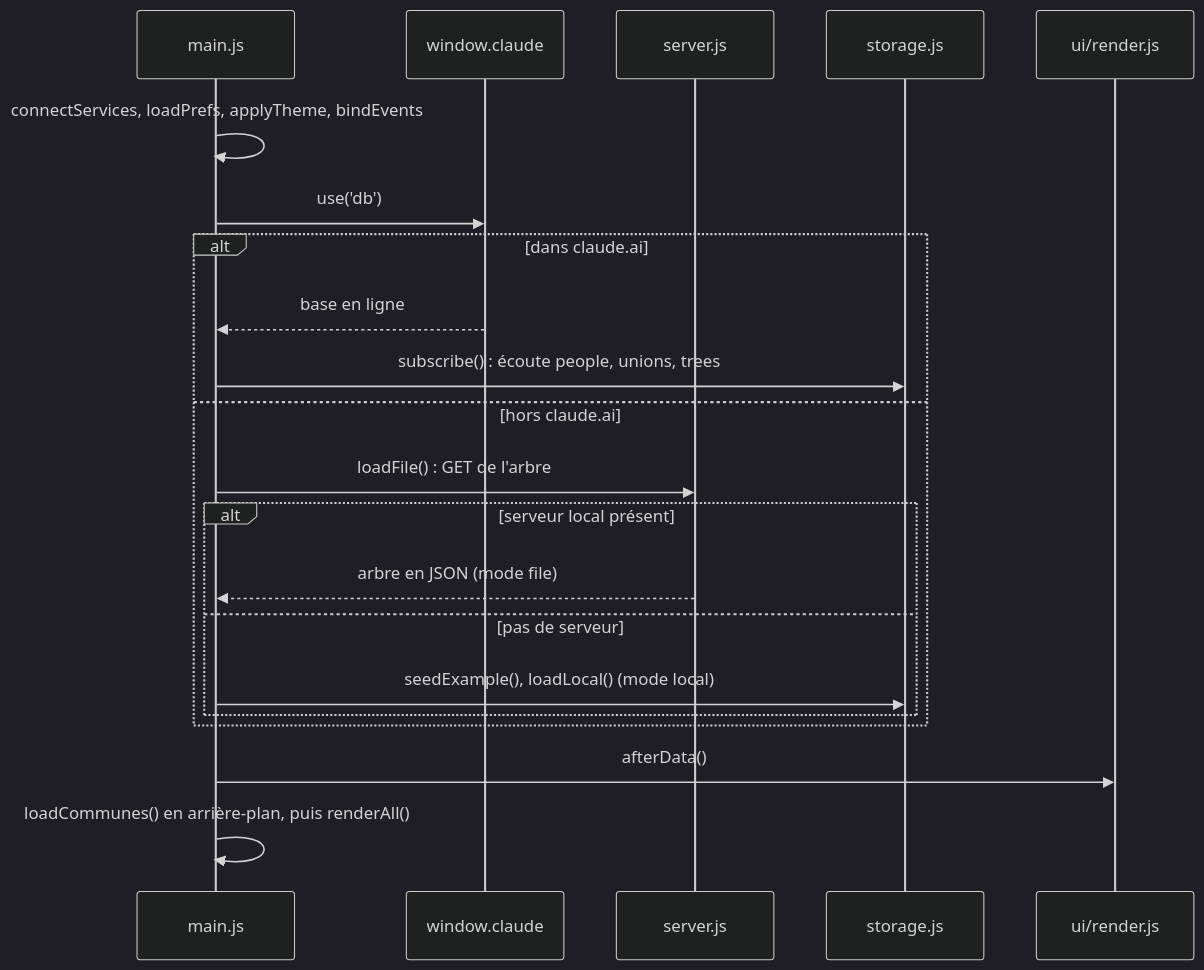
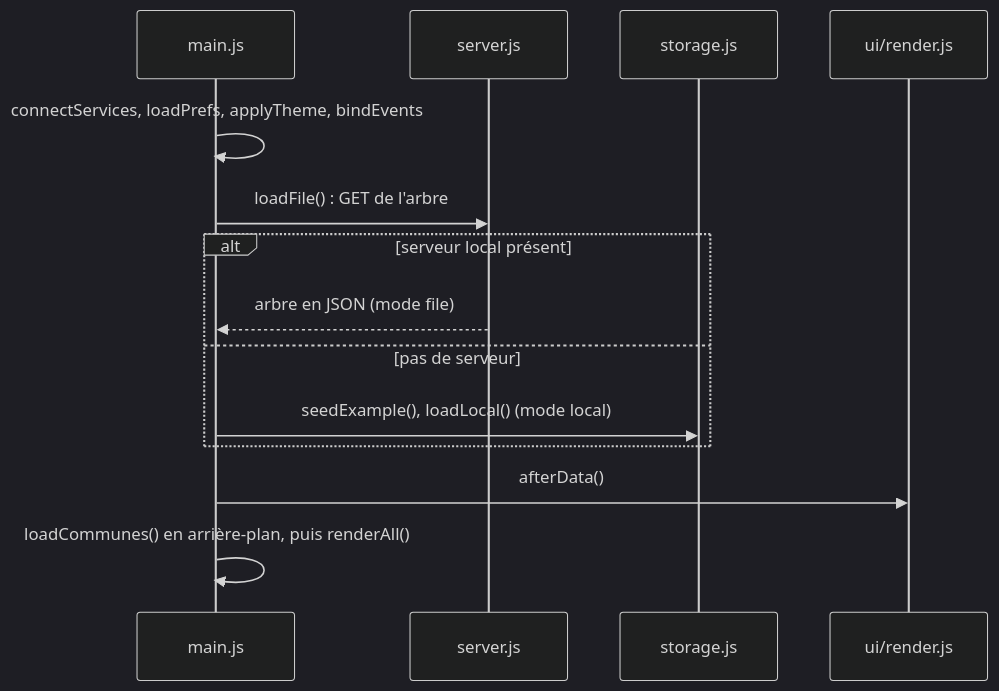
The second of 7 diagrams in docs/architecture.md (PallierJean/lignee), drawn with Mermaid (dark theme) before and after one commit. The commit also changed other lines of this file and 22 other files, not shown here.

First line of the commit message:
refactor: remove the claude.ai online database mode

````diff
--- a/docs/architecture.md
+++ b/docs/architecture.md
@@ -180,23 +177,16 @@
 ```mermaid
 sequenceDiagram
   participant M as main.js
-  participant C as window.claude
   participant SR as server.js
   participant ST as storage.js
   participant R as ui/render.js
   M->>M: connectServices, loadPrefs, applyTheme, bindEvents
-  M->>C: use('db')
-  alt dans claude.ai
-    C-->>M: base en ligne
-    M->>ST: subscribe() : écoute people, unions, trees
-  else hors claude.ai
-    M->>SR: loadFile() : GET de l'arbre
-    alt serveur local présent
-      SR-->>M: arbre en JSON (mode file)
-    else pas de serveur
-      M->>ST: seedExample(), loadLocal() (mode local)
-    end
+  M->>SR: loadFile() : GET de l'arbre
+  alt serveur local présent
+    SR-->>M: arbre en JSON (mode file)
+  else pas de serveur
+    M->>ST: seedExample(), loadLocal() (mode local)
   end
   M->>R: afterData()
   M->>M: loadCommunes() en arrière-plan, puis renderAll()
 ```
````
